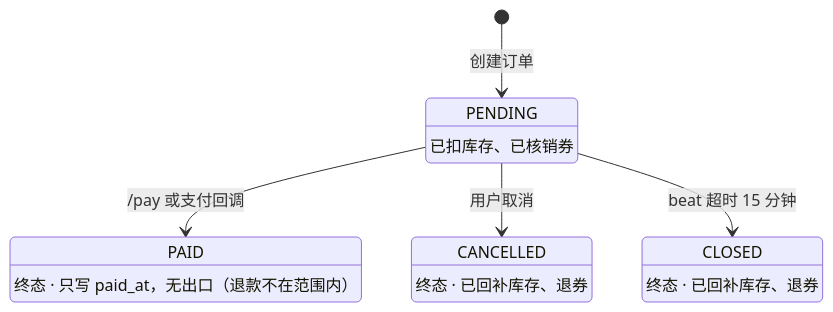
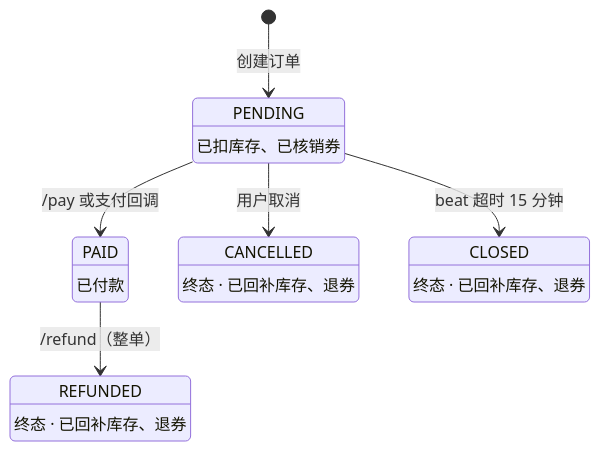
Before and after one commit to ColdZeda/commerce-core: the third of 4 diagrams in README.md, drawn with Mermaid. The commit also changed other lines of this file and 3 other files, not shown here.

````diff
--- a/README.md
+++ b/README.md
@@ -127,18 +144,21 @@
 ```mermaid
 stateDiagram-v2
   state "PENDING" as P
   state "PAID" as PD
   state "CANCELLED" as C
   state "CLOSED" as CL
+  state "REFUNDED" as RF
 
   [*] --> P: 创建订单
   P: 已扣库存、已核销券
 
   P --> PD: /pay 或支付回调
   P --> C: 用户取消
   P --> CL: beat 超时 15 分钟
+  PD --> RF: /refund（整单）
 
-  PD: 终态 · 只写 paid_at，无出口（退款不在范围内）
+  PD: 已付款
   C: 终态 · 已回补库存、退券
   CL: 终态 · 已回补库存、退券
+  RF: 终态 · 已回补库存、退券
 ```
````
